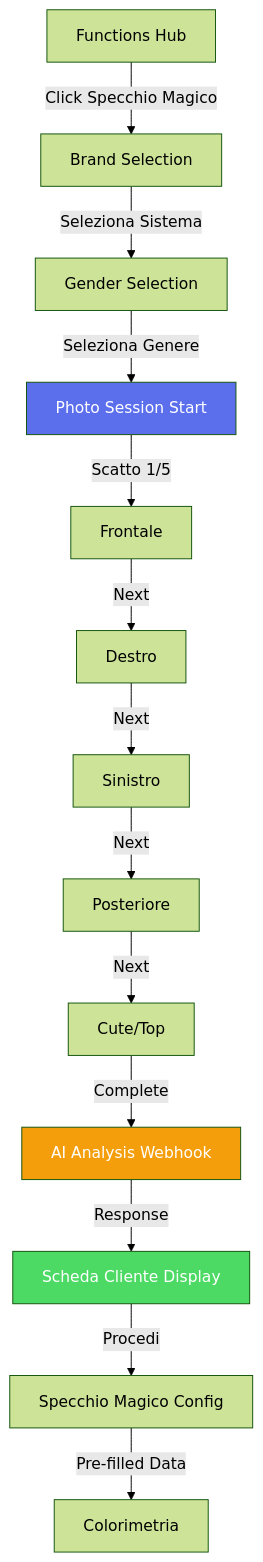
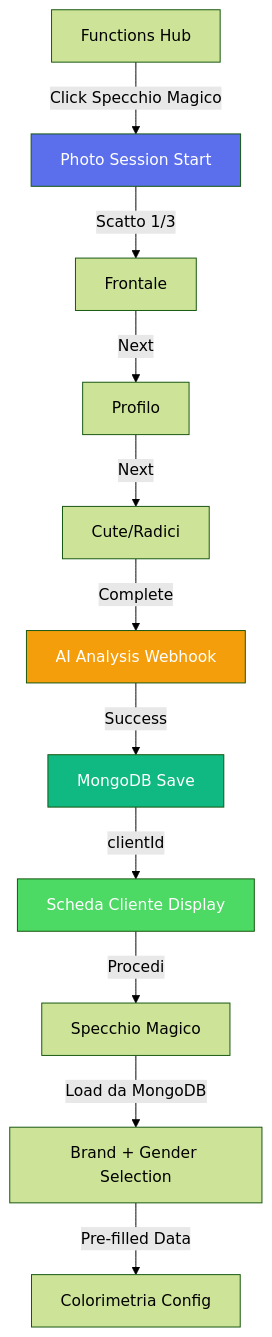
The diagram in docs/13-PHOTO-SESSION.md (SimonAiIT/SiteBoS-MiniApp), drawn with Mermaid (forest theme) before and after one commit. The commit also changed other lines of this file, not shown here.

First line of the commit message:
📝 Update docs to reflect 3-photo optimization + MongoDB flow

````diff
--- a/docs/13-PHOTO-SESSION.md
+++ b/docs/13-PHOTO-SESSION.md
@@ -27,19 +28,18 @@
 ```mermaid
 graph TD
-    A[Functions Hub] -->|Click Specchio Magico| B[Brand Selection]
-    B -->|Seleziona Sistema| C[Gender Selection]
-    C -->|Seleziona Genere| D[Photo Session Start]
-    D -->|Scatto 1/5| E[Frontale]
-    E -->|Next| F[Destro]
-    F -->|Next| G[Sinistro]
-    G -->|Next| H[Posteriore]
-    H -->|Next| I[Cute/Top]
-    I -->|Complete| J[AI Analysis Webhook]
-    J -->|Response| K[Scheda Cliente Display]
-    K -->|Procedi| L[Specchio Magico Config]
-    L -->|Pre-filled Data| M[Colorimetria]
+    A[Functions Hub] -->|Click Specchio Magico| B[Photo Session Start]
+    B -->|Scatto 1/3| C[Frontale]
+    C -->|Next| D[Profilo]
+    D -->|Next| E[Cute/Radici]
+    E -->|Complete| F[AI Analysis Webhook]
+    F -->|Success| G[MongoDB Save]
+    G -->|clientId| H[Scheda Cliente Display]
+    H -->|Procedi| I[Specchio Magico]
+    I -->|Load da MongoDB| J[Brand + Gender Selection]
+    J -->|Pre-filled Data| K[Colorimetria Config]
     
-    style D fill:#5b6fed,color:#fff
-    style J fill:#f59e0b,color:#fff
-    style K fill:#4cd964,color:#fff
+    style B fill:#5b6fed,color:#fff
+    style F fill:#f59e0b,color:#fff
+    style G fill:#10b981,color:#fff
+    style H fill:#4cd964,color:#fff
 ```
````
